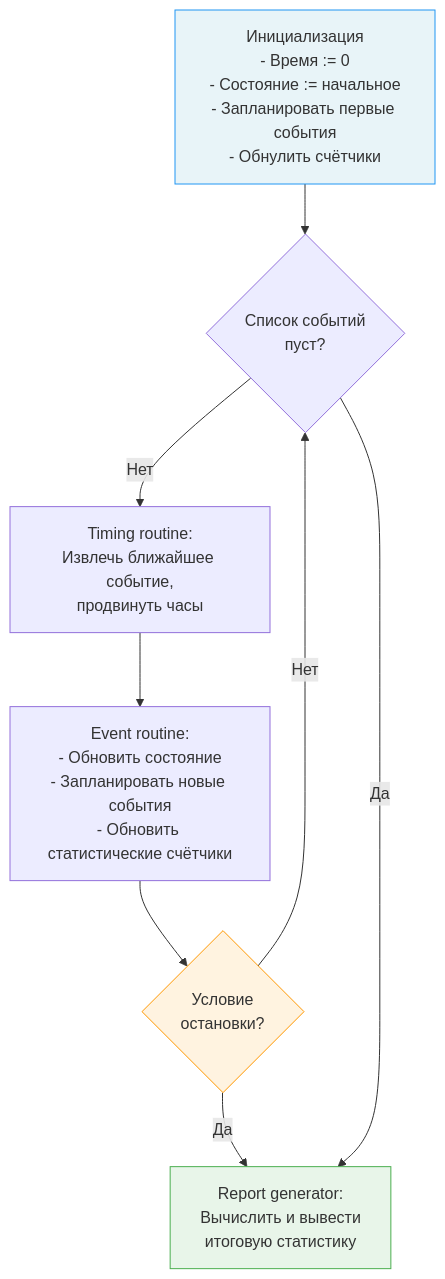
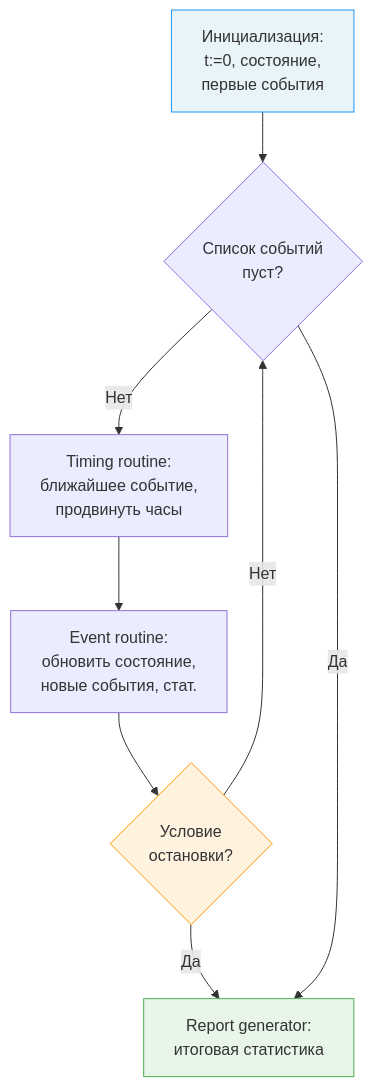
One commit to stareeg/simulation-modeling-notes changed the second of 4 diagrams in docs/11-simulation-analysis.md. Above: the diagram before and after it, drawn with Mermaid. The commit also changed other lines of this file and 14 other files, not shown here.

````diff
--- a/docs/11-simulation-analysis.md
+++ b/docs/11-simulation-analysis.md
@@ -121,21 +121,21 @@
 ```mermaid
 flowchart TD
-    INIT["Инициализация\n- Время := 0\n- Состояние := начальное\n- Запланировать первые события\n- Обнулить счётчики"]
-    EMPTY{"Список событий\nпуст?"}
-    TIMING["Timing routine:\nИзвлечь ближайшее событие,\nпродвинуть часы"]
-    EVENT["Event routine:\n- Обновить состояние\n- Запланировать новые события\n- Обновить статистические счётчики"]
-    STOP{"Условие\nостановки?"}
-    REPORT["Report generator:\nВычислить и вывести\nитоговую статистику"]
+    INIT["Инициализация:<br>t:=0, состояние,<br>первые события"]
+    EMPTY{"Список событий<br>пуст?"}
+    TIMING["Timing routine:<br>ближайшее событие,<br>продвинуть часы"]
+    EVENT["Event routine:<br>обновить состояние,<br>новые события, стат."]
+    STOP{"Условие<br>остановки?"}
+    REPORT["Report generator:<br>итоговая статистика"]
 
     INIT --> EMPTY
     EMPTY -- Нет --> TIMING
     TIMING --> EVENT
     EVENT --> STOP
     STOP -- Нет --> EMPTY
     STOP -- Да --> REPORT
     EMPTY -- Да --> REPORT
 
     style INIT fill:#e8f4f8,stroke:#2196F3
     style REPORT fill:#e8f5e9,stroke:#4CAF50
     style STOP fill:#fff3e0,stroke:#FF9800
 ```
````
